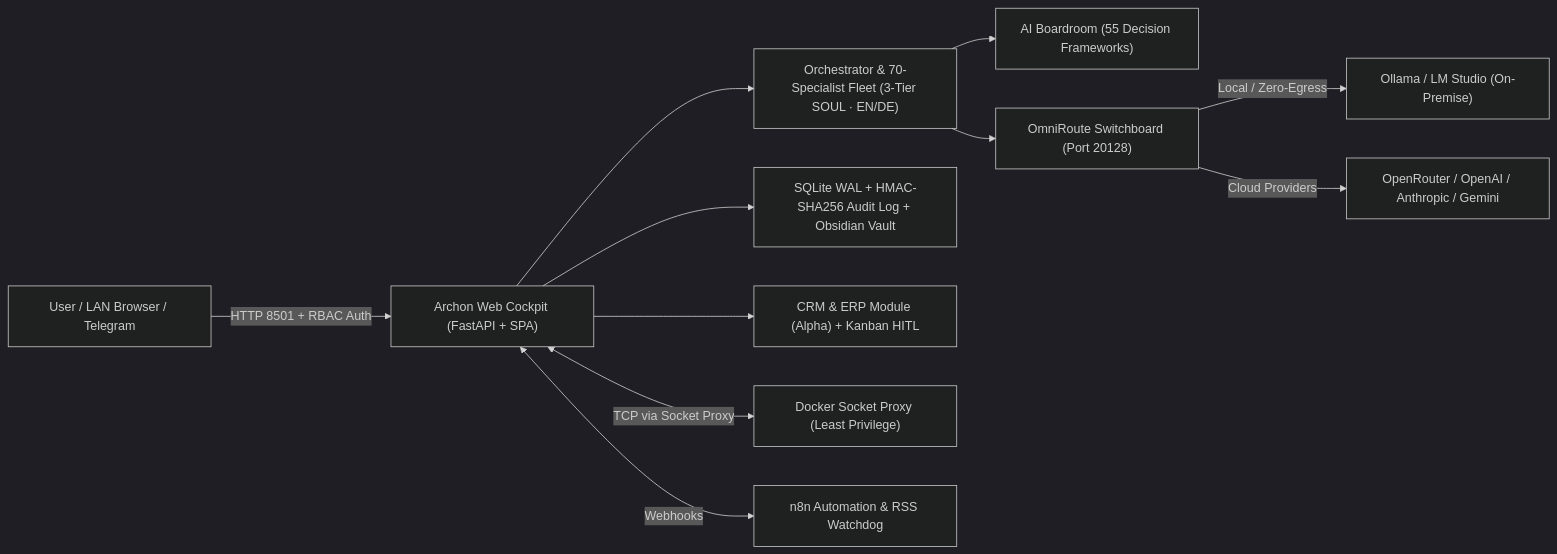
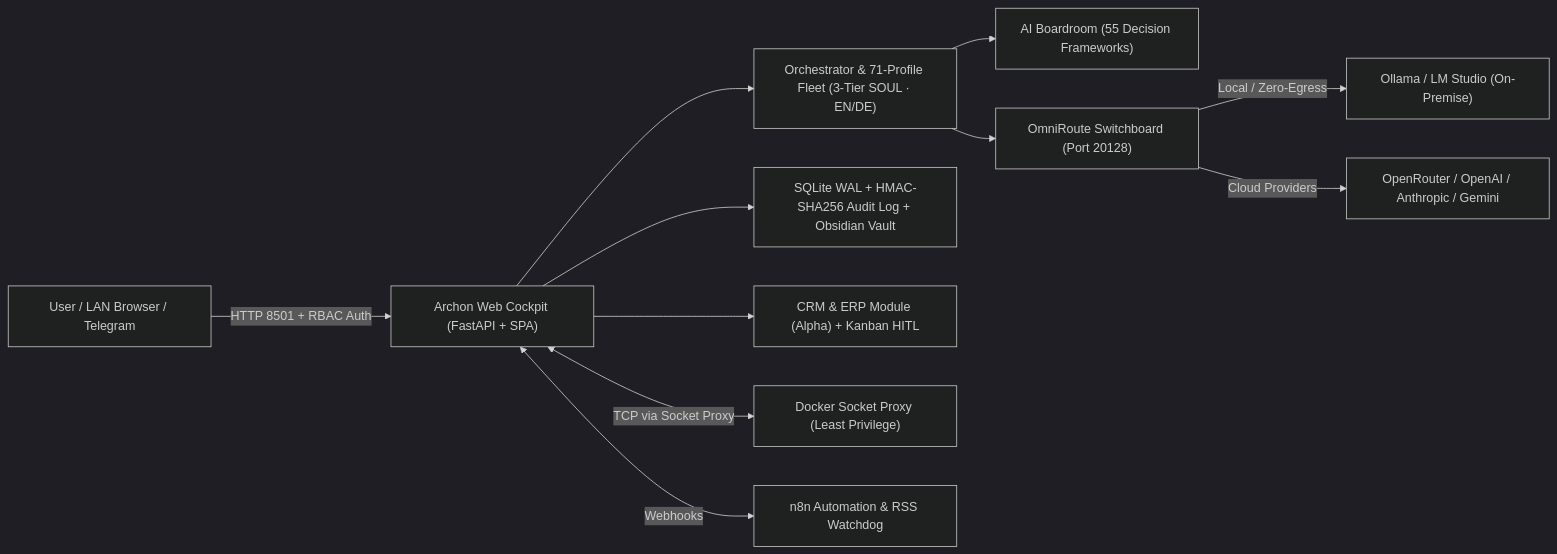
The diagram in README.md (michaelbeatman/ARCHON-OS), drawn with Mermaid (dark theme) before and after one commit. The commit also changed other lines of this file and 70 other files, not shown here.

````diff
--- a/README.md
+++ b/README.md
@@ -167,13 +167,13 @@
 ```mermaid
 flowchart LR
     U["User / LAN Browser / Telegram"] -->|HTTP 8501 + RBAC Auth| UI["Archon Web Cockpit (FastAPI + SPA)"]
-    UI --> OR["Orchestrator & 70-Specialist Fleet (3-Tier SOUL · EN/DE)"]
+    UI --> OR["Orchestrator & 71-Profile Fleet (3-Tier SOUL · EN/DE)"]
     OR --> BR["AI Boardroom (55 Decision Frameworks)"]
     OR --> OM["OmniRoute Switchboard (Port 20128)"]
     OM -->|Local / Zero-Egress| LOC["Ollama / LM Studio (On-Premise)"]
     OM -->|Cloud Providers| CLD["OpenRouter / OpenAI / Anthropic / Gemini"]
     UI --> DB["SQLite WAL + HMAC-SHA256 Audit Log + Obsidian Vault"]
     UI --> ERP["CRM & ERP Module (Alpha) + Kanban HITL"]
     UI <-->|TCP via Socket Proxy| DOC["Docker Socket Proxy (Least Privilege)"]
     UI <-->|Webhooks| N8N["n8n Automation & RSS Watchdog"]
 ```
````
